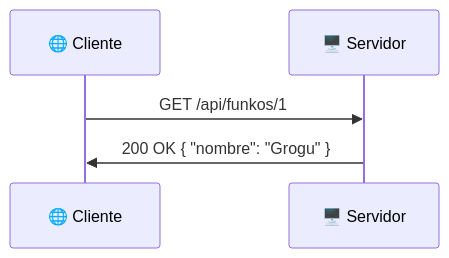
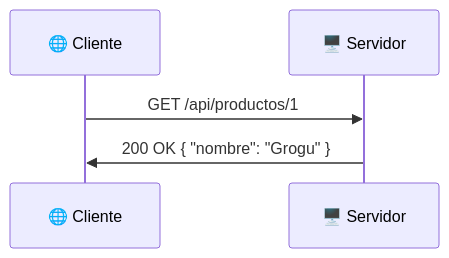
The fourth of 7 diagrams in 01-conceptos-servicios.md (joseluisgs/DesarrolloWebEntornosServidor-02-2026-2027), drawn with Mermaid before and after one commit. The commit also changed other lines of this file and 27 other files, not shown here.

````diff
--- a/01-conceptos-servicios.md
+++ b/01-conceptos-servicios.md
@@ -127,7 +127,7 @@
 ```mermaid
 sequenceDiagram
     participant C as 🌐 Cliente
     participant S as 🖥️ Servidor
-    C->>S: GET /api/funkos/1
+    C->>S: GET /api/productos/1
     S->>C: 200 OK { "nombre": "Grogu" }
 ```
````
